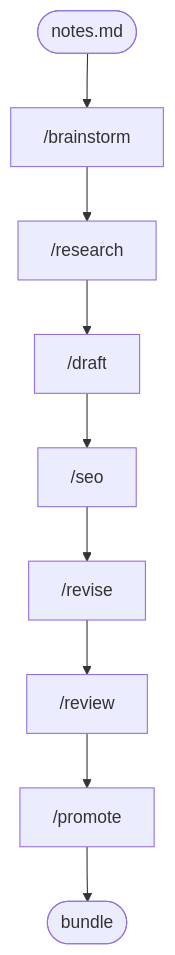
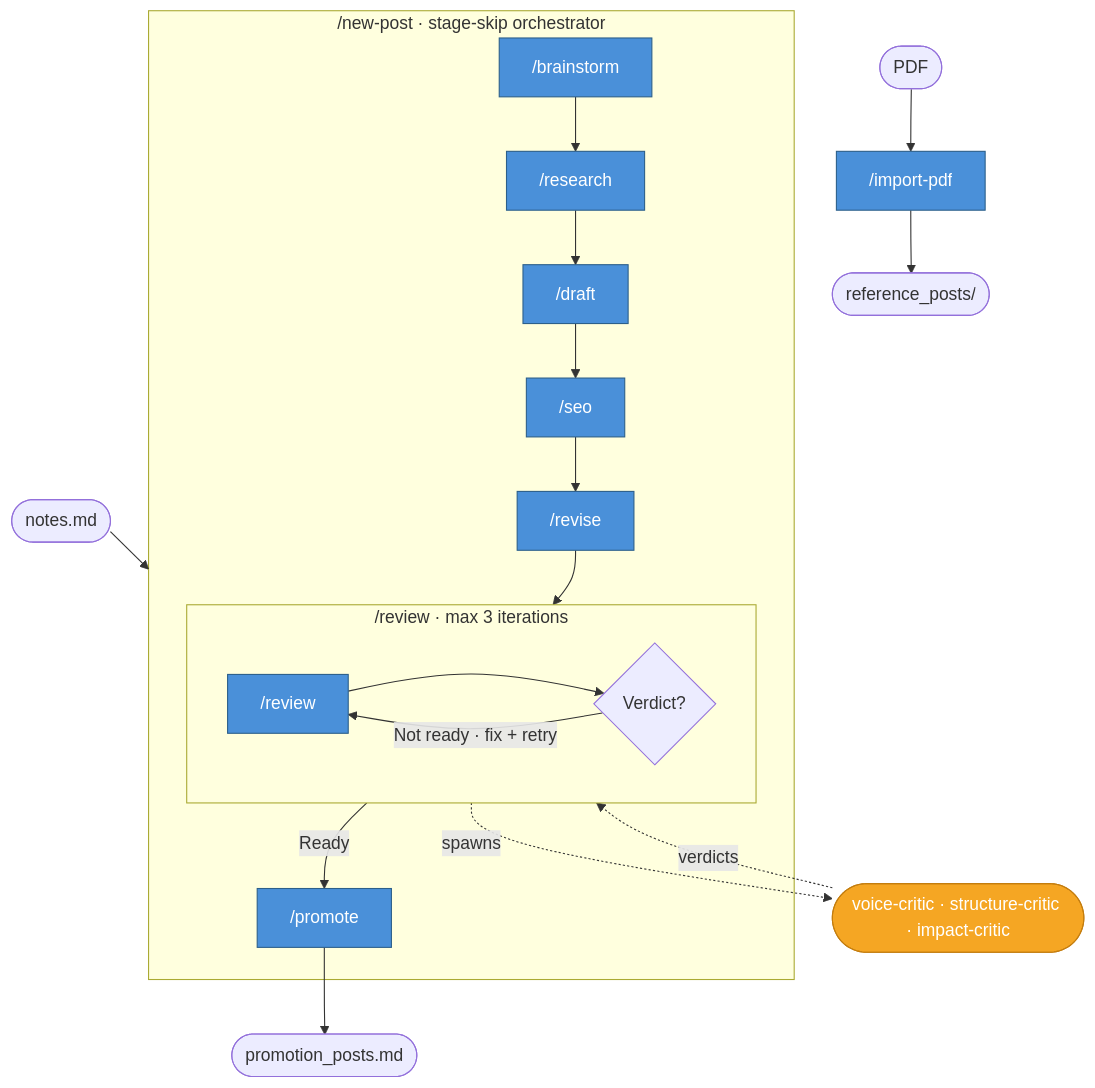
The diagram in README.md (JoseParrenoGarcia/newsletter-engine), drawn with Mermaid before and after one commit. The commit also changed other lines of this file and 1 other file, not shown here.

Commit message:
Improved documentation on mermaid diagram

````diff
--- a/README.md
+++ b/README.md
@@ -9,11 +9,33 @@
 ```mermaid
 flowchart TD
-    A([notes.md]) --> B["/brainstorm"]
-    B --> C["/research"]
-    C --> D["/draft"]
-    D --> E["/seo"]
-    E --> F["/revise"]
-    F --> G["/review"]
-    G --> H["/promote"]
-    H --> I([bundle])
+    PDF([PDF]) --> IP["/import-pdf"]
+    IP --> RP([reference_posts/])
+
+    NOTES([notes.md]) --> NP
+
+    subgraph NP ["/new-post  ·  stage-skip orchestrator"]
+        B["/brainstorm"] --> C["/research"]
+        C --> D["/draft"]
+        D --> E["/seo"]
+        E --> F["/revise"]
+        F --> RLOOP
+
+        subgraph RLOOP ["/review  ·  max 3 iterations"]
+            direction LR
+            G["/review"] --> VRD{Verdict?}
+            VRD -- "Not ready · fix + retry" --> G
+        end
+
+        VRD -- Ready --> PR["/promote"]
+    end
+
+    G -.->|spawns| CRITICS(["voice-critic · structure-critic · impact-critic"])
+    CRITICS -.->|verdicts| G
+
+    PR --> BUNDLE([promotion_posts.md])
+
+    classDef skill fill:#4A90D9,stroke:#2C5F8A,color:#fff
+    classDef agent fill:#F5A623,stroke:#C47D0E,color:#fff
+    class B,C,D,E,F,G,PR,IP skill
+    class CRITICS agent
 ```
````
